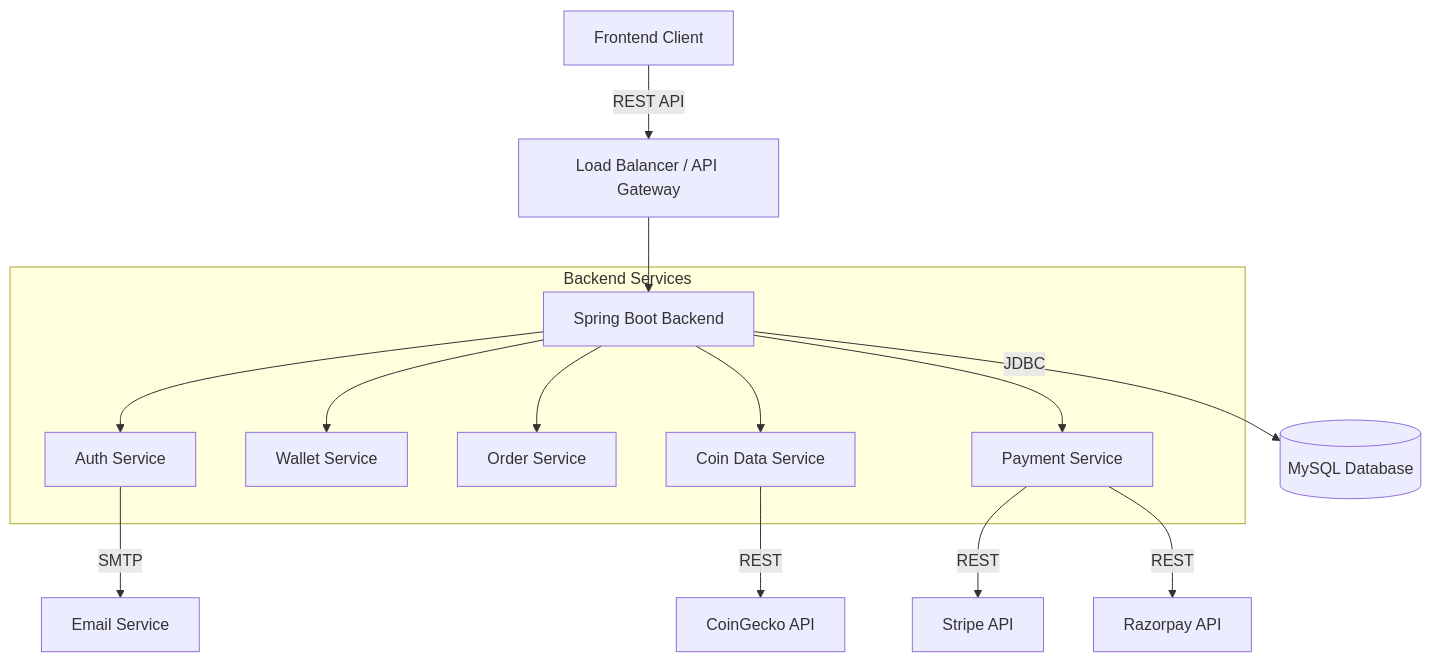
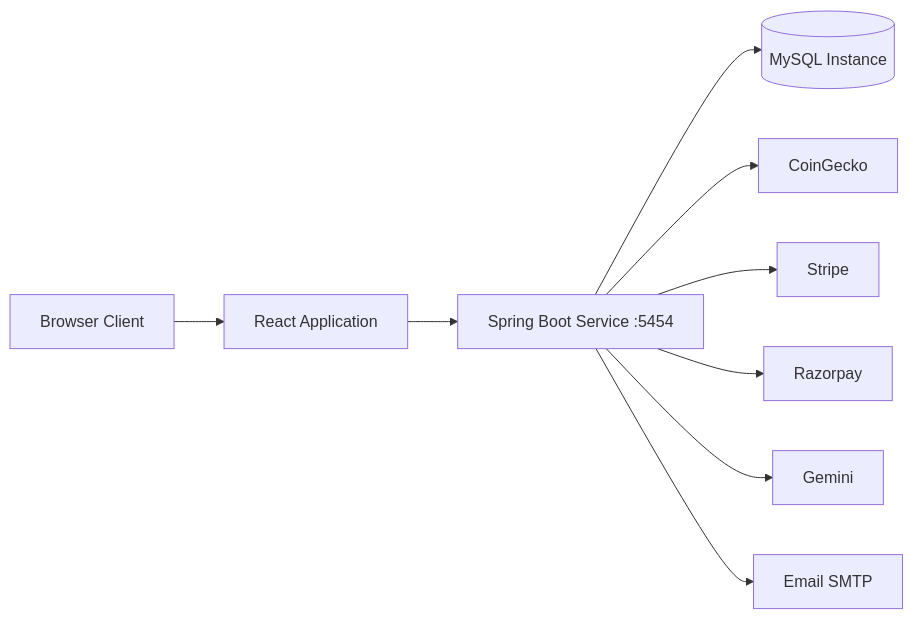
Before and after one commit to himanshugupta91/CoinX-Cryptocurrency-Trading-Platform: the second of 12 diagrams in README.md, drawn with Mermaid. The commit also changed other lines of this file, not shown here.

````diff
--- a/README.md
+++ b/README.md
@@ -50,20 +173,11 @@
 ```mermaid
-graph TD
-    Client[Frontend Client] -->|REST API| LB[Load Balancer / API Gateway]
-    LB --> Backend[Spring Boot Backend]
-    
-    subgraph "Backend Services"
-        Backend --> AuthService[Auth Service]
-        Backend --> WalletService[Wallet Service]
-        Backend --> OrderService[Order Service]
-        Backend --> CoinService[Coin Data Service]
-        Backend --> PaymentService[Payment Service]
-    end
-    
-    Backend -->|JDBC| DB[(MySQL Database)]
-    
-    CoinService -->|REST| CoinGecko[CoinGecko API]
-    PaymentService -->|REST| Stripe[Stripe API]
-    PaymentService -->|REST| Razorpay[Razorpay API]
-    AuthService -->|SMTP| Email[Email Service]
+flowchart LR
+    Browser[Browser Client] --> Frontend[React Application]
+    Frontend --> API[Spring Boot Service :5454]
+    API --> DB[(MySQL Instance)]
+    API --> Ext1[CoinGecko]
+    API --> Ext2[Stripe]
+    API --> Ext3[Razorpay]
+    API --> Ext4[Gemini]
+    API --> Ext5[Email SMTP]
 ```
````
